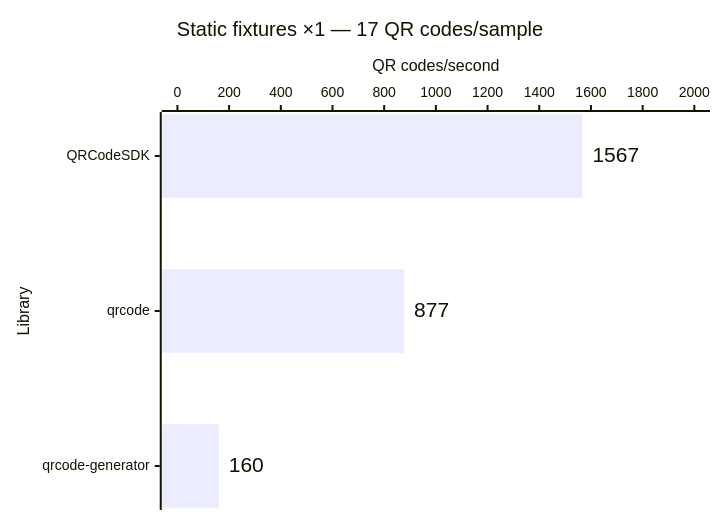
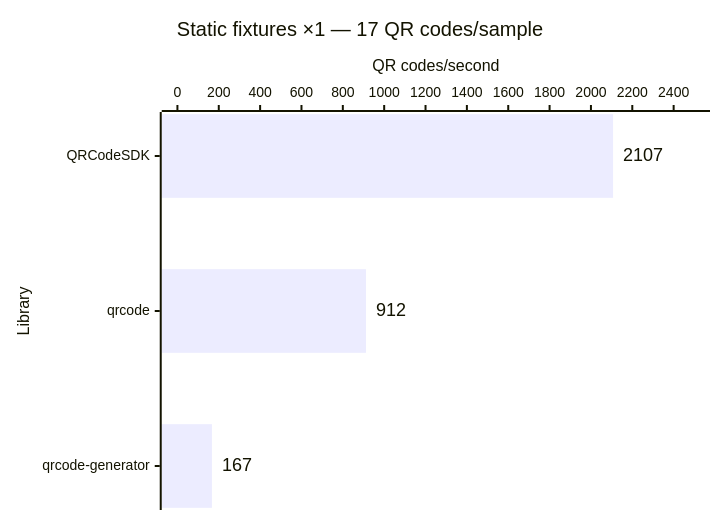
Before and after one commit to Dafnik/qrcodesdk: the fifth of 14 diagrams in apps/docs/src/content/docs/learn/performance.md, drawn with Mermaid. The commit also changed other lines of this file and 417 other files, not shown here.

````diff
--- a/apps/docs/src/content/docs/learn/performance.md
+++ b/apps/docs/src/content/docs/learn/performance.md
@@ -115,15 +115,15 @@
 ```mermaid
 ---
 config:
   xyChart:
     showDataLabel: true
     showDataLabelOutsideBar: true
 ---
 xychart horizontal
   accTitle: Automatic matrix generation: Static fixtures ×1 — 17 QR codes/sample
-  accDescr: Throughput calculated from median time. QRCodeSDK 1,567 QR codes per second, qrcode 877 QR codes per second, qrcode-generator 160 QR codes per second. Higher is better.
+  accDescr: Throughput calculated from median time. QRCodeSDK 2,107 QR codes per second, qrcode 912 QR codes per second, qrcode-generator 167 QR codes per second. Higher is better.
   title "Static fixtures ×1 — 17 QR codes/sample"
   x-axis "Library" ["QRCodeSDK", "qrcode", "qrcode-generator"]
-  y-axis "QR codes/second" 0 --> 2000
-  bar [1567, 877, 160]
+  y-axis "QR codes/second" 0 --> 2500
+  bar [2107, 912, 167]
 ```
````
